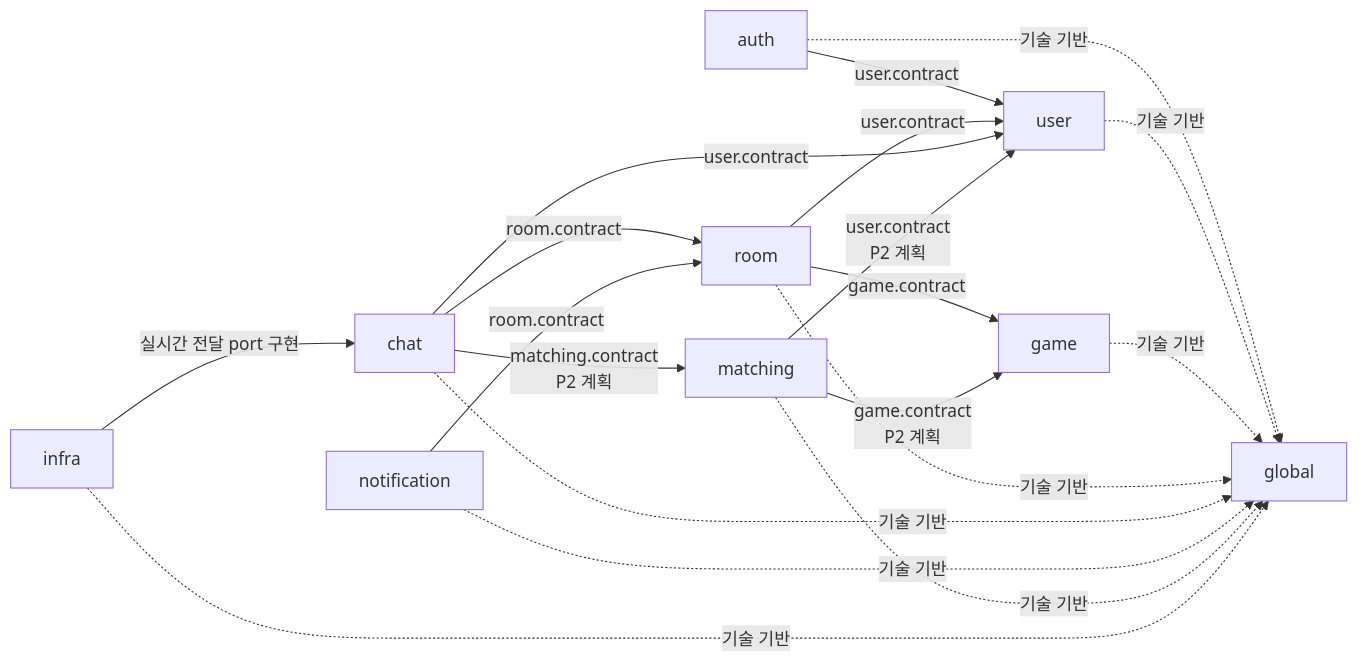
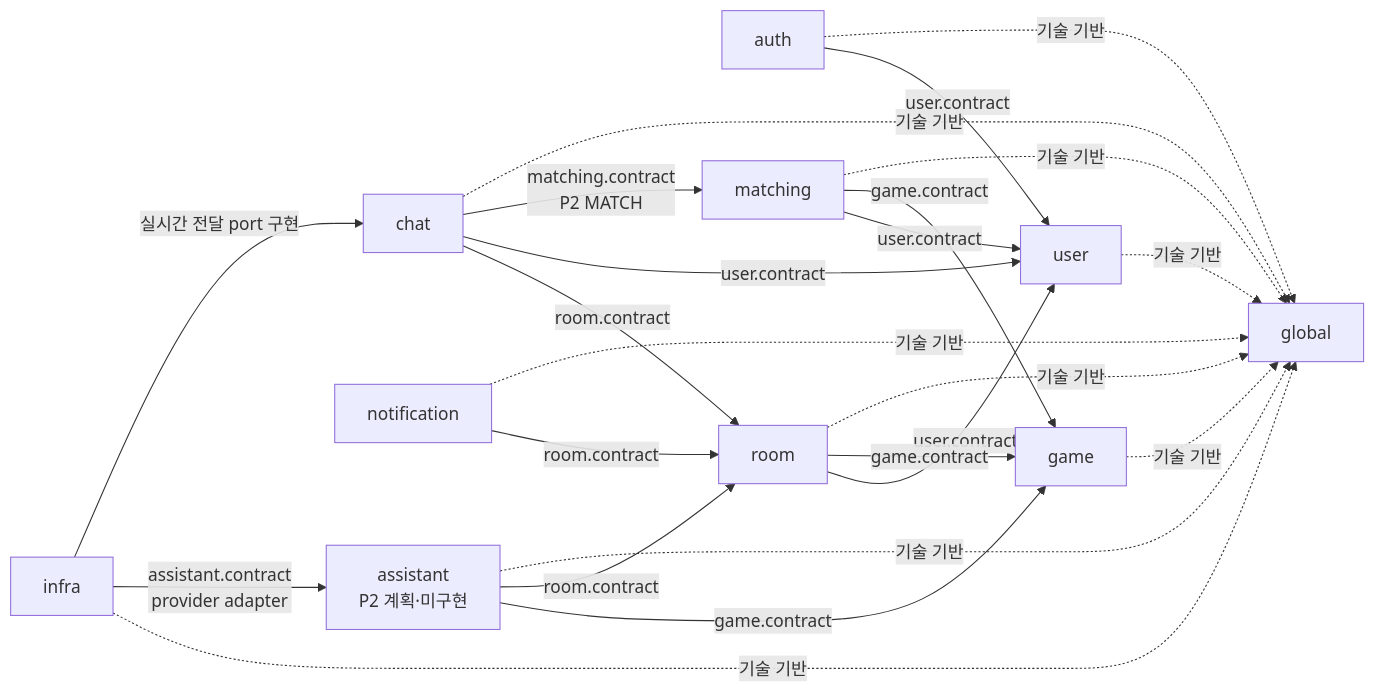
One commit to bamsongi-club/albam-mate changed the first of 9 diagrams in docs/ARCHITECTURE.md. Above: the diagram before and after it, drawn with Mermaid. The commit also changed other lines of this file and 15 other files, not shown here.

````diff
--- a/docs/ARCHITECTURE.md
+++ b/docs/ARCHITECTURE.md
@@ -52,22 +53,26 @@
 ```mermaid
 flowchart LR
     auth["auth"] -->|"user.contract"| user["user"]
     room["room"] -->|"user.contract"| user
     room -->|"game.contract"| game["game"]
     chat["chat"] -->|"room.contract"| room
     chat -->|"user.contract"| user
     notification["notification"] -->|"room.contract"| room
-    matching["matching"] -->|"user.contract<br/>P2 계획"| user
-    matching -->|"game.contract<br/>P2 계획"| game
-    chat -->|"matching.contract<br/>P2 계획"| matching
+    assistant["assistant<br/>P2 계획·미구현"] -->|"game.contract"| game
+    assistant -->|"room.contract"| room
+    matching["matching"] -->|"user.contract"| user
+    matching -->|"game.contract"| game
+    chat -->|"matching.contract<br/>P2 MATCH"| matching
 
     auth -.->|"기술 기반"| global["global"]
     user -.->|"기술 기반"| global
     game -.->|"기술 기반"| global
     room -.->|"기술 기반"| global
     chat -.->|"기술 기반"| global
     notification -.->|"기술 기반"| global
+    assistant -.->|"기술 기반"| global
     matching -.->|"기술 기반"| global
     infra["infra"] -.->|"기술 기반"| global
+    infra -->|"assistant.contract<br/>provider adapter"| assistant
     infra -->|"실시간 전달 port 구현"| chat
 ```
````
